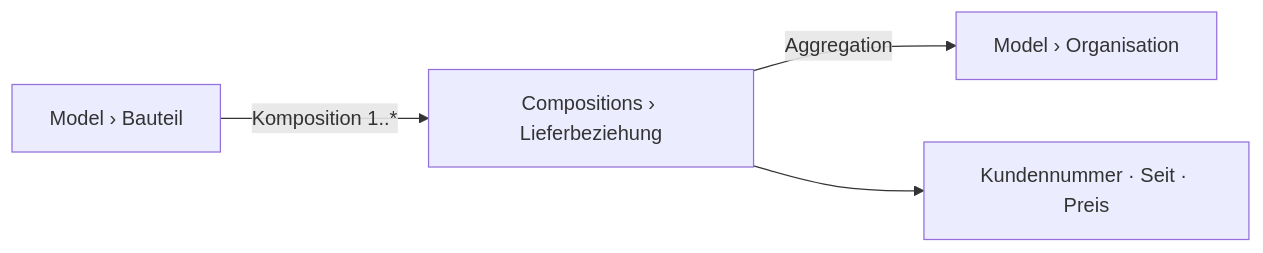
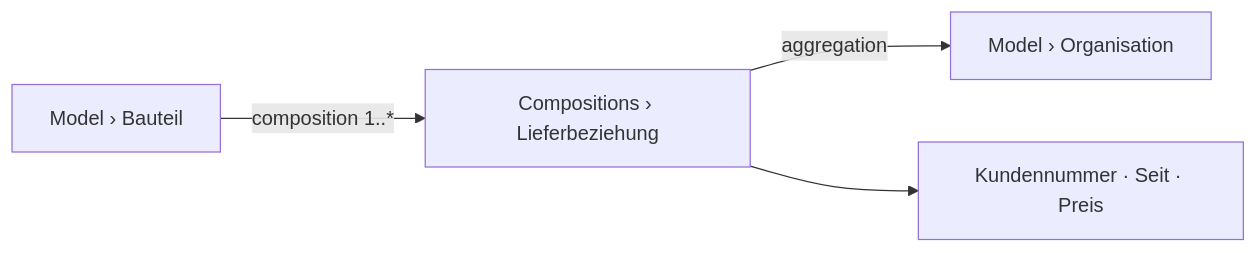
One commit to sfambach/wp-taxonomy-modeler changed the third of 3 diagrams in docs/NewConcept/96-scenario-check.md. Above: the diagram before and after it, drawn with Mermaid. The commit also changed other lines of this file and 4 other files, not shown here.

First line of the commit message:
Diagramme auf Englisch, Sachnamen bleiben

````diff
--- a/docs/NewConcept/96-scenario-check.md
+++ b/docs/NewConcept/96-scenario-check.md
@@ -105,6 +105,6 @@
 ```mermaid
 flowchart LR
-  B["Model › Bauteil"] -->|Komposition 1..*| LB["Compositions › Lieferbeziehung"]
-  LB -->|Aggregation| O["Model › Organisation"]
+  B["Model › Bauteil"] -->|composition 1..*| LB["Compositions › Lieferbeziehung"]
+  LB -->|aggregation| O["Model › Organisation"]
   LB --> K["Kundennummer · Seit · Preis"]
 ```
````
